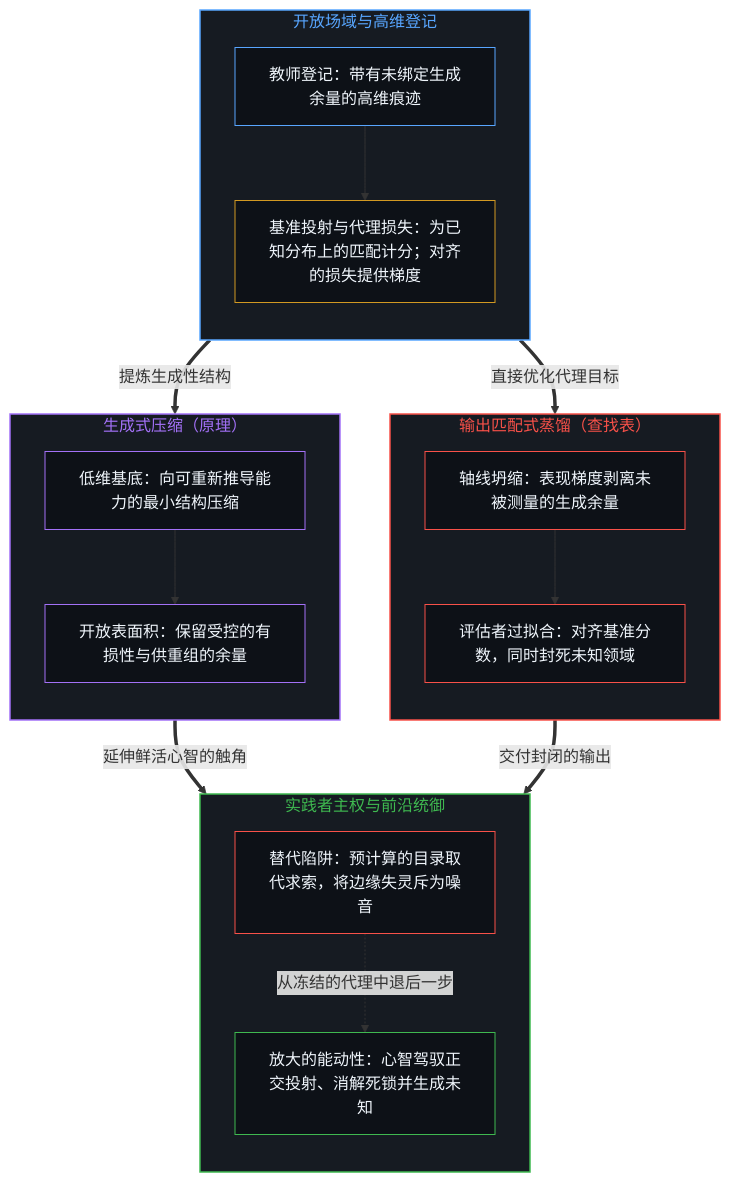
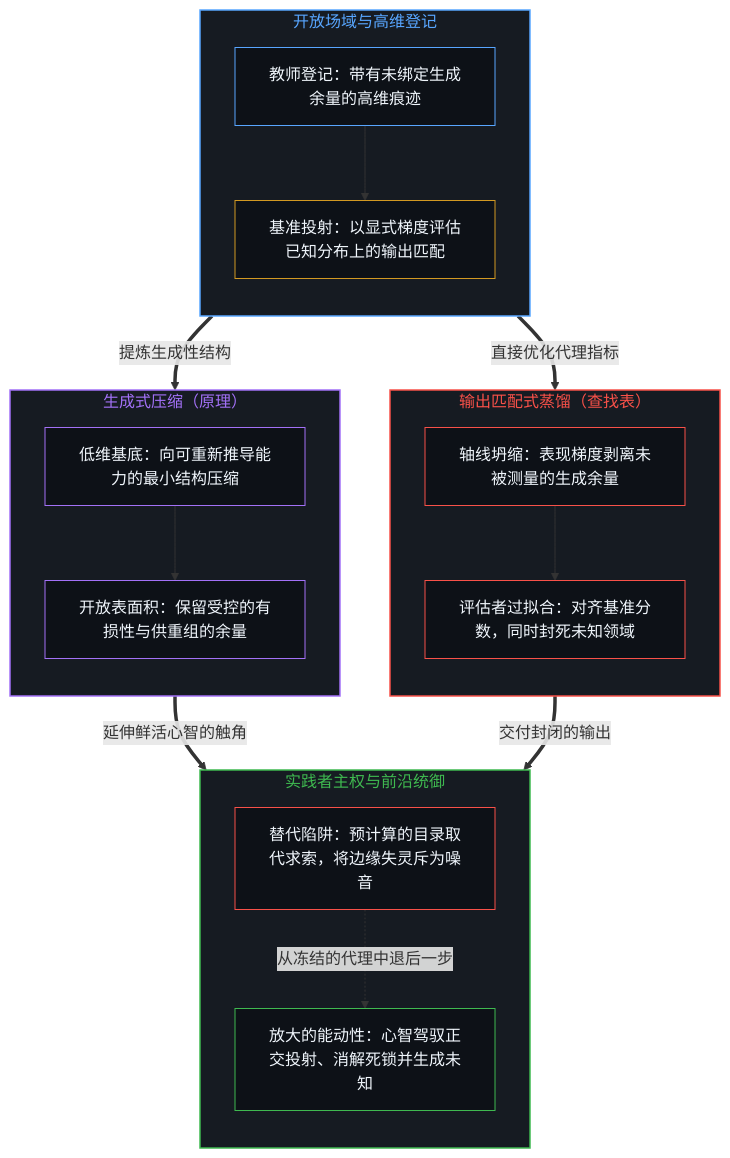
Before and after one commit to powerpig99/not-a-toe: the first of 2 diagrams in content/posts/distillation-compression-agency.md, drawn with Mermaid. The commit also changed other lines of this file and 12 other files, not shown here.

````diff
--- a/content/posts/distillation-compression-agency.md
+++ b/content/posts/distillation-compression-agency.md
@@ -77,43 +77,43 @@
 ```mermaid
 flowchart TD
     subgraph S_Open["开放场域与高维登记"]
         direction TB
         Teacher["教师登记：带有未绑定生成余量的高维痕迹"]
-        Bench["基准投射与代理损失：为已知分布上的匹配计分；对齐的损失提供梯度"]
+        Bench["基准投射：以显式梯度评估已知分布上的输出匹配"]
         Teacher --> Bench
     end
     subgraph S_Lookup["输出匹配式蒸馏（查找表）"]
         direction TB
         Collapse["轴线坍缩：表现梯度剥离未被测量的生成余量"]
         LockIn["评估者过拟合：对齐基准分数，同时封死未知领域"]
         Collapse --> LockIn
     end
     subgraph S_Principle["生成式压缩（原理）"]
         direction TB
         Basis["低维基底：向可重新推导能力的最小结构压缩"]
         Surface["开放表面积：保留受控的有损性与供重组的余量"]
         Basis --> Surface
     end
     subgraph S_Agency["实践者主权与前沿统御"]
         direction TB
         Sub["替代陷阱：预计算的目录取代求索，将边缘失灵斥为噪音"]
         Amp["放大的能动性：心智驾驭正交投射、消解死锁并生成未知"]
         Sub -.->|"从冻结的代理中退后一步"| Amp
     end
-    Bench ==>|"直接优化代理目标"| Collapse
+    Bench ==>|"直接优化代理指标"| Collapse
     Teacher ==>|"提炼生成性结构"| Basis
     LockIn ==>|"交付封闭的输出"| Sub
     Surface ==>|"延伸鲜活心智的触角"| Amp
     style S_Open fill:#161b22,stroke:#58a6ff,stroke-width:1.5px,color:#58a6ff
     style S_Lookup fill:#161b22,stroke:#f85149,stroke-width:1.5px,color:#f85149
     style S_Principle fill:#161b22,stroke:#a371f7,stroke-width:1.5px,color:#a371f7
     style S_Agency fill:#161b22,stroke:#3fb950,stroke-width:1.5px,color:#3fb950
     style Teacher fill:#0d1117,stroke:#58a6ff,stroke-width:1px,color:#f0f6fc
     style Bench fill:#0d1117,stroke:#d29922,stroke-width:1px,color:#f0f6fc
     style Collapse fill:#0d1117,stroke:#f85149,stroke-width:1px,color:#f0f6fc
     style LockIn fill:#0d1117,stroke:#f85149,stroke-width:1px,color:#f0f6fc
     style Basis fill:#0d1117,stroke:#a371f7,stroke-width:1px,color:#f0f6fc
     style Surface fill:#0d1117,stroke:#a371f7,stroke-width:1px,color:#f0f6fc
     style Sub fill:#0d1117,stroke:#f85149,stroke-width:1px,color:#f0f6fc
     style Amp fill:#0d1117,stroke:#3fb950,stroke-width:1px,color:#f0f6fc
 ```
````
